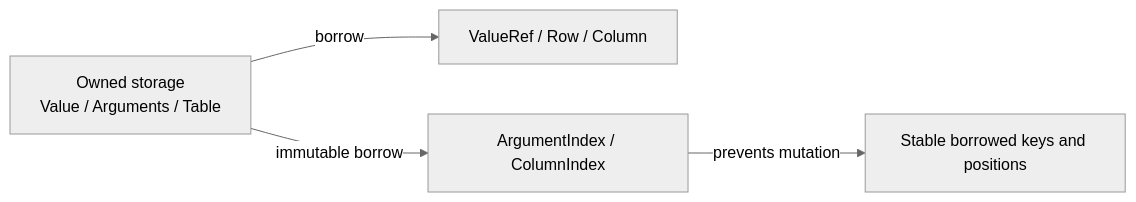
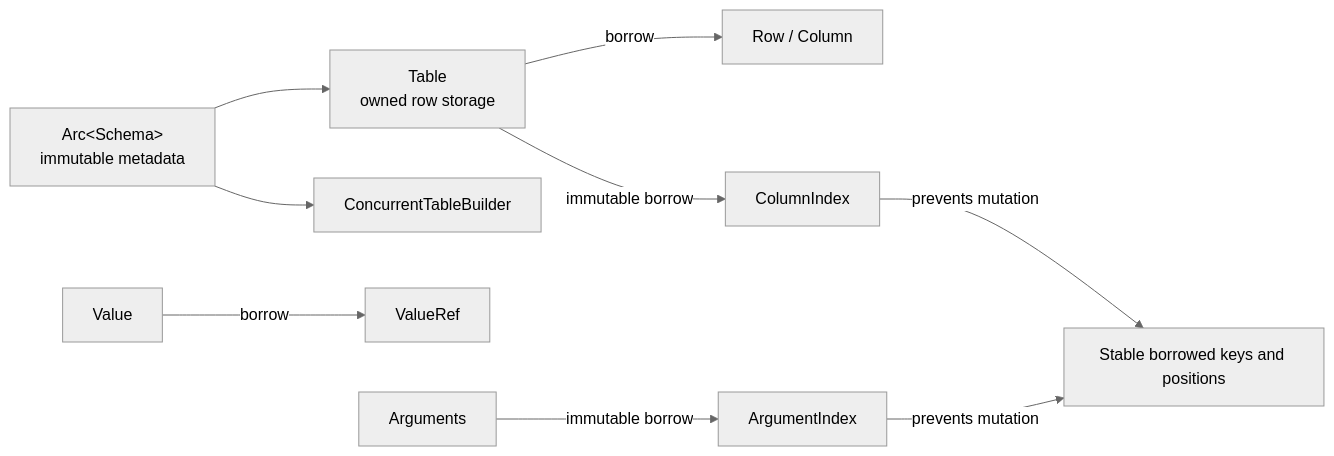
The second of 3 diagrams in docs/high-level/architecture.md (kjn-void/gd-rs), drawn with Mermaid (neutral theme) before and after one commit. The commit also changed other lines of this file and 7 other files, not shown here.

````diff
--- a/docs/high-level/architecture.md
+++ b/docs/high-level/architecture.md
@@ -50,6 +55,11 @@
 ```mermaid
 flowchart LR
-    Owned["Owned storage\nValue / Arguments / Table"] -->|"borrow"| View["ValueRef / Row / Column"]
-    Owned -->|"immutable borrow"| Index["ArgumentIndex / ColumnIndex"]
-    Index -->|"prevents mutation"| Stable["Stable borrowed keys and positions"]
+    Schema["Arc&lt;Schema&gt;<br/>immutable metadata"] --> Table["Table<br/>owned row storage"]
+    Schema --> Builder["ConcurrentTableBuilder"]
+    Value["Value"] -->|"borrow"| ValueRef["ValueRef"]
+    Arguments["Arguments"] -->|"immutable borrow"| ArgumentIndex["ArgumentIndex"]
+    Table -->|"borrow"| View["Row / Column"]
+    Table -->|"immutable borrow"| ColumnIndex["ColumnIndex"]
+    ArgumentIndex -->|"prevents mutation"| Stable["Stable borrowed keys and positions"]
+    ColumnIndex -->|"prevents mutation"| Stable
 ```
````
